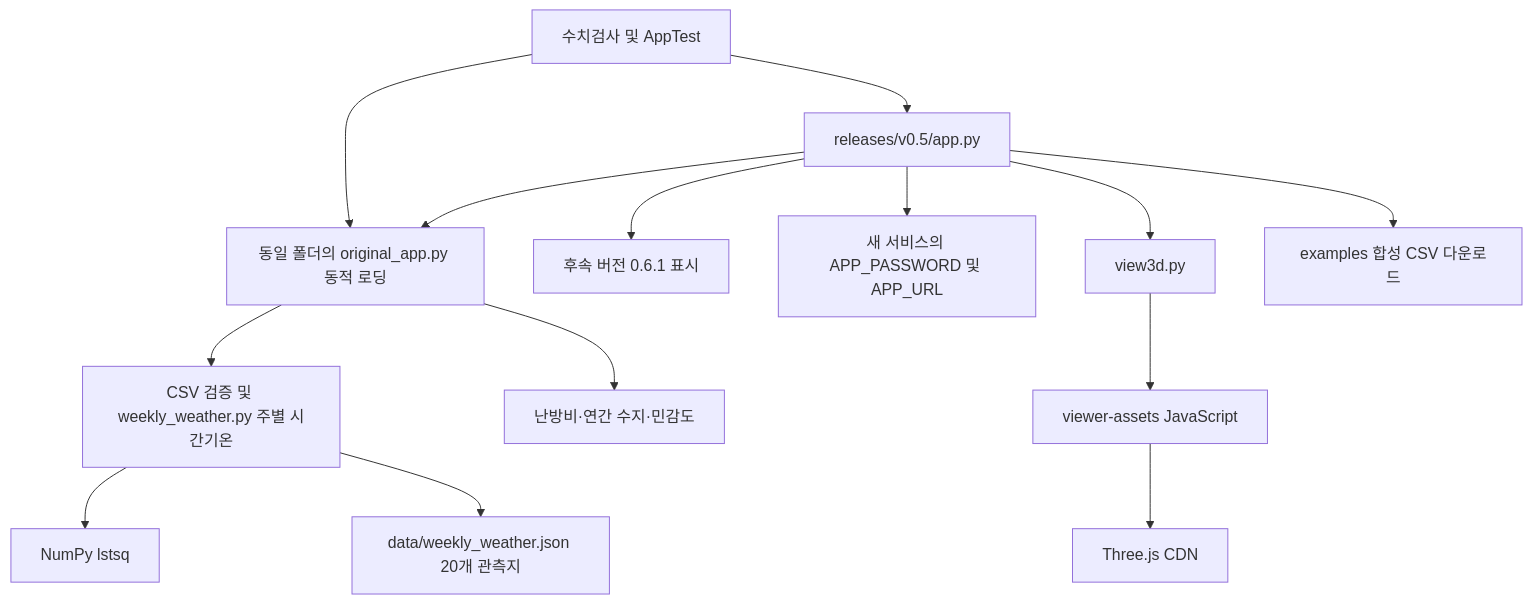
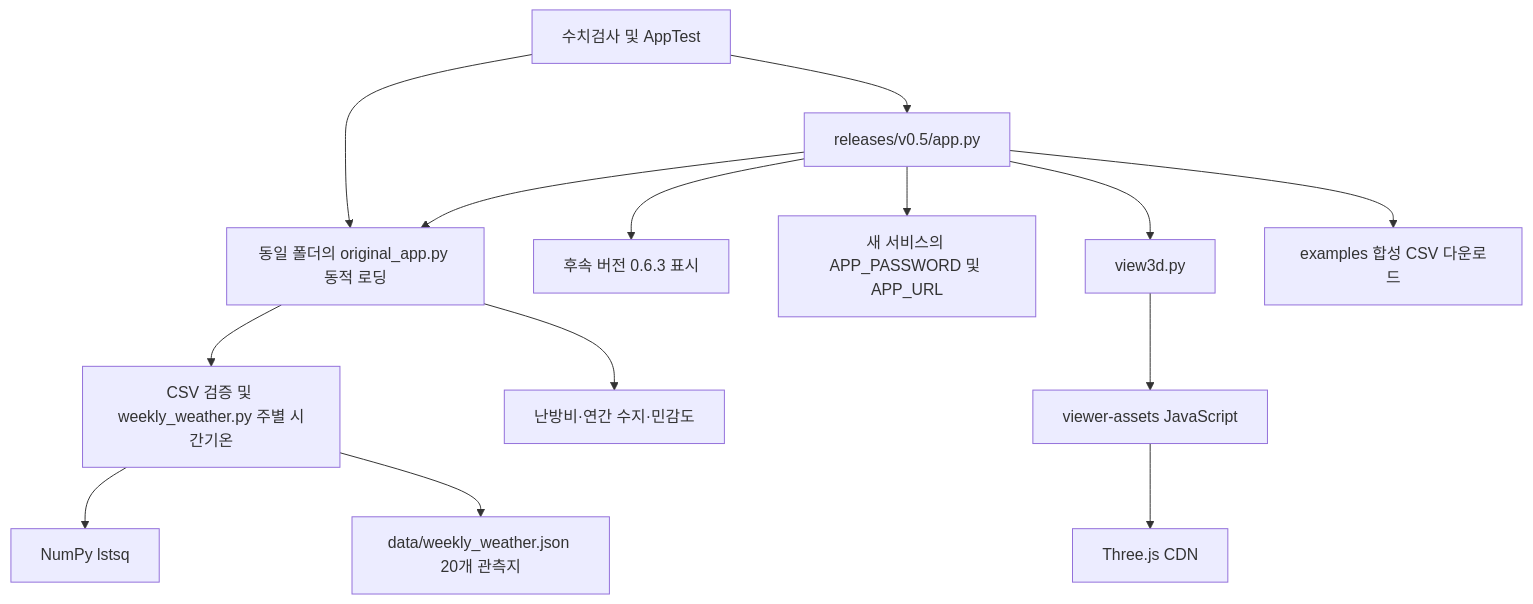
Before and after one commit to kuk-jong/fig-heating-decision-app: the diagram in releases/v0.5/docs/uml/04_diagram.mmd, drawn with Mermaid. The commit also changed 13 other files, not shown here.

```diff
--- a/releases/v0.5/docs/uml/04_diagram.mmd
+++ b/releases/v0.5/docs/uml/04_diagram.mmd
@@ -1,14 +1,14 @@
 flowchart TD
     entry["releases/v0.5/app.py"] --> core["동일 폴더의 original_app.py 동적 로딩"]
-    entry --> version["후속 버전 0.6.1 표시"]
+    entry --> version["후속 버전 0.6.3 표시"]
     entry --> config["새 서비스의 APP_PASSWORD 및 APP_URL"]
     core --> regress["CSV 검증 및 weekly_weather.py 주별 시간기온"]
     regress --> numpy["NumPy lstsq"]
     regress --> bundled["data/weekly_weather.json 20개 관측지"]
     core --> heating["난방비·연간 수지·민감도"]
     entry --> component["view3d.py"]
     component --> assets["viewer-assets JavaScript"]
     assets --> cdn["Three.js CDN"]
     entry --> sample["examples 합성 CSV 다운로드"]
     tests["수치검사 및 AppTest"] --> core
     tests --> entry
```
